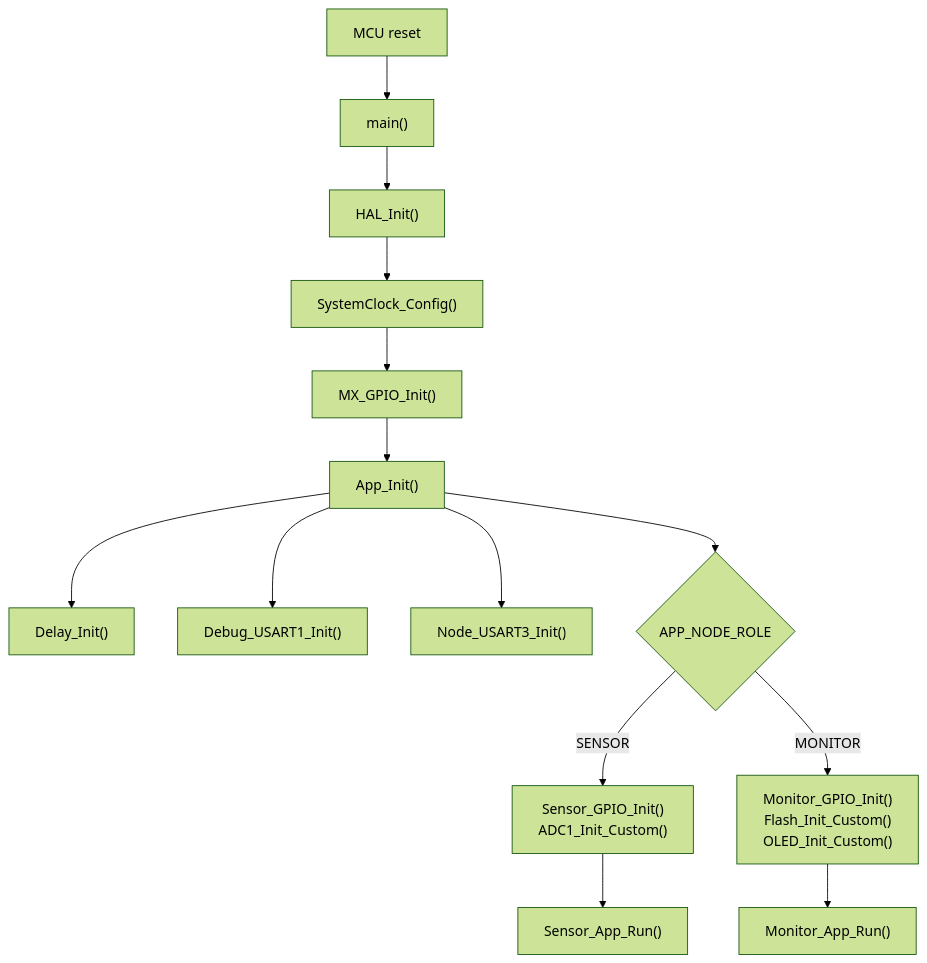
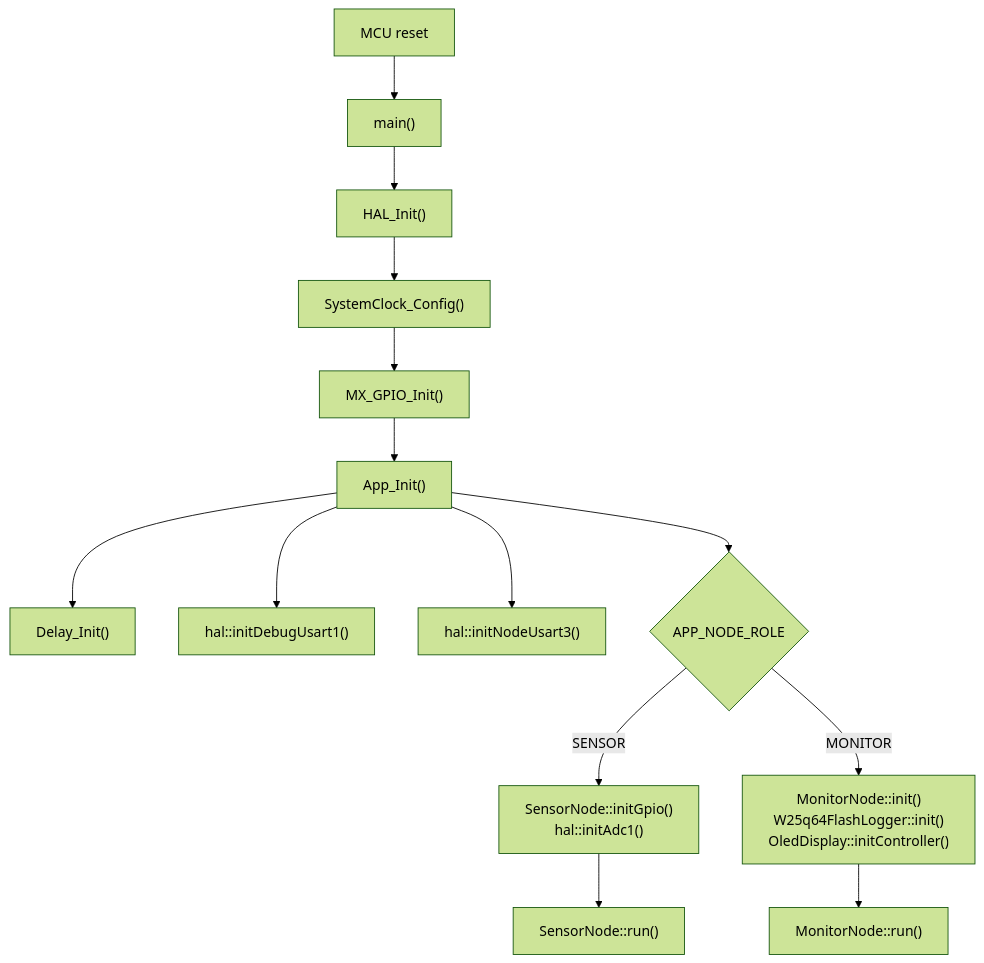
The third of 13 diagrams in docs/FUNCTION_DESIGN_WALKTHROUGH.en.md (Cusnd/dual-stm32-safety-monitor), drawn with Mermaid (forest theme) before and after one commit. The commit also changed other lines of this file and 78 other files, not shown here.

````diff
--- a/docs/FUNCTION_DESIGN_WALKTHROUGH.en.md
+++ b/docs/FUNCTION_DESIGN_WALKTHROUGH.en.md
@@ -62,16 +62,16 @@
 ```mermaid
 flowchart TD
   R["MCU reset"] --> M["main()"]
   M --> H["HAL_Init()"]
   H --> C["SystemClock_Config()"]
   C --> G["MX_GPIO_Init()"]
   G --> I["App_Init()"]
   I --> D["Delay_Init()"]
-  I --> U1["Debug_USART1_Init()"]
-  I --> U3["Node_USART3_Init()"]
+  I --> U1["hal::initDebugUsart1()"]
+  I --> U3["hal::initNodeUsart3()"]
   I --> K{"APP_NODE_ROLE"}
-  K -->|"SENSOR"| SA["Sensor_GPIO_Init()\nADC1_Init_Custom()"]
-  K -->|"MONITOR"| MB["Monitor_GPIO_Init()\nFlash_Init_Custom()\nOLED_Init_Custom()"]
-  SA --> SL["Sensor_App_Run()"]
-  MB --> ML["Monitor_App_Run()"]
+  K -->|"SENSOR"| SA["SensorNode::initGpio()\nhal::initAdc1()"]
+  K -->|"MONITOR"| MB["MonitorNode::init()\nW25q64FlashLogger::init()\nOledDisplay::initController()"]
+  SA --> SL["SensorNode::run()"]
+  MB --> ML["MonitorNode::run()"]
 ```
````
